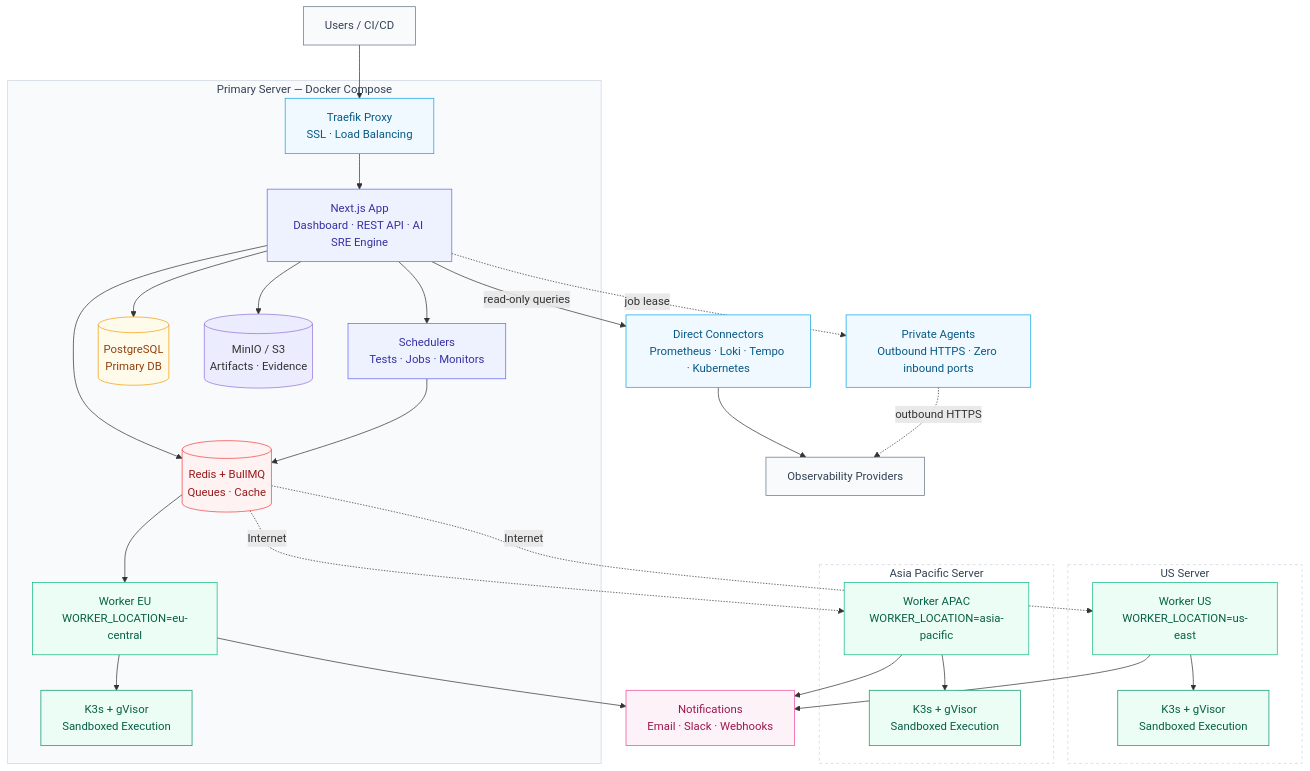
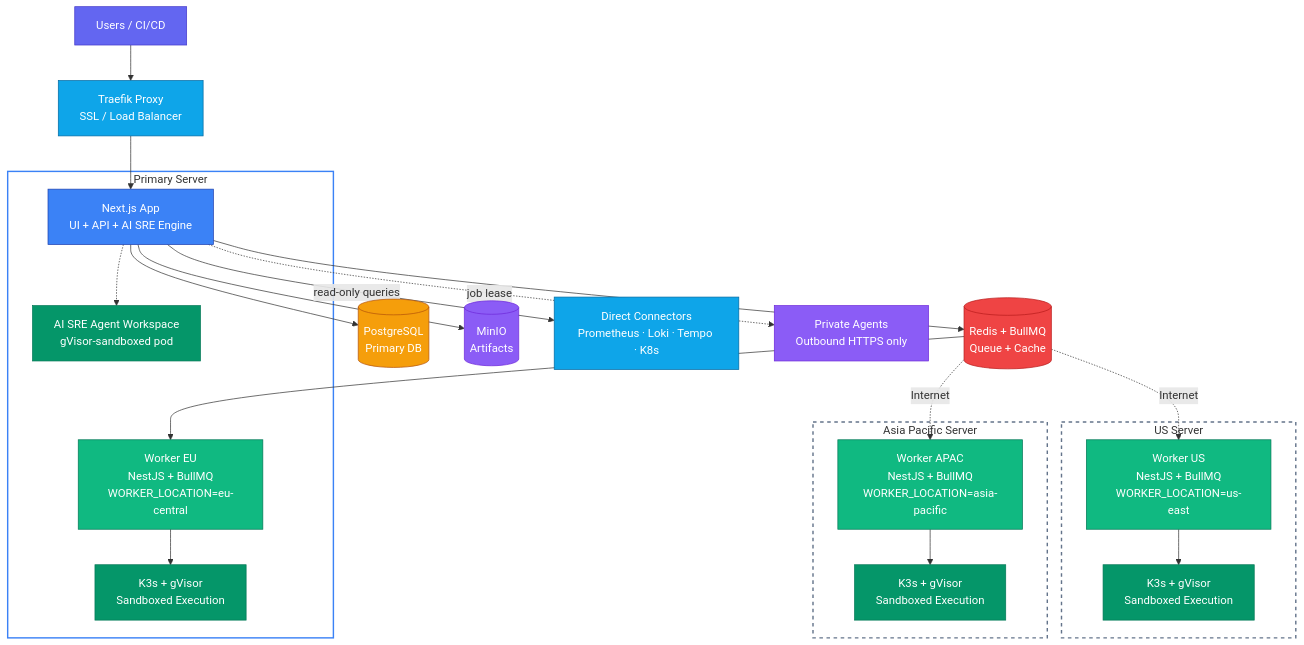
One commit to supercheck-io/supercheck changed the first of 2 diagrams in docs/content/docs/app/deployment/multi-location.mdx. Above: the diagram before and after it, drawn with Mermaid. The commit also changed other lines of this file and 15 other files, not shown here.

First line of the commit message:
docs: revert diagram restyle, keep AI SRE in architecture diagrams

````diff
--- a/docs/content/docs/app/deployment/multi-location.mdx
+++ b/docs/content/docs/app/deployment/multi-location.mdx
@@ -15,66 +15,44 @@
 ```mermaid
 flowchart TB
-    Users["Users / CI/CD"]
+    Users[Users / CI/CD] --> T[Traefik Proxy<br/>SSL / Load Balancer]
+    T --> App[Next.js App<br/>UI + API + AI SRE Engine]
+    App --> DB[(PostgreSQL<br/>Primary DB)] & Redis[(Redis + BullMQ<br/>Queue + Cache)] & S3[(MinIO<br/>Artifacts)]
+    App -->|read-only queries| Direct[Direct Connectors<br/>Prometheus · Loki · Tempo · K8s]
+    App -.->|job lease| Private[Private Agents<br/>Outbound HTTPS only]
 
-    subgraph PRIMARY["Primary Server — Docker Compose"]
-        T["Traefik Proxy<br/>SSL · Load Balancing"]
-        App["Next.js App<br/>Dashboard · REST API · AI SRE Engine"]
-        Scheduler["Schedulers<br/>Tests · Jobs · Monitors"]
-        DB[("PostgreSQL<br/>Primary DB")]
-        Redis[("Redis + BullMQ<br/>Queues · Cache")]
-        S3[("MinIO / S3<br/>Artifacts · Evidence")]
-        W_EU["Worker EU<br/>WORKER_LOCATION=eu-central"]
-        K3S_EU["K3s + gVisor<br/>Sandboxed Execution"]
+    Redis --> W_EU
+    Redis -.->|Internet| W_US
+    Redis -.->|Internet| W_APAC
 
-        T --> App
-        App --> Scheduler
-        App --> DB
-        App --> Redis
-        App --> S3
-        Scheduler --> Redis
-        Redis --> W_EU
-        W_EU --> K3S_EU
+    subgraph PRIMARY["Primary Server"]
+        W_EU[Worker EU<br/>NestJS + BullMQ<br/>WORKER_LOCATION=eu-central] --> K3S_EU[K3s + gVisor<br/>Sandboxed Execution]
+        App -.-> SRE_WS[AI SRE Agent Workspace<br/>gVisor-sandboxed pod]
     end
 
     subgraph US["US Server"]
-        W_US["Worker US<br/>WORKER_LOCATION=us-east"] --> K3S_US["K3s + gVisor<br/>Sandboxed Execution"]
+        W_US[Worker US<br/>NestJS + BullMQ<br/>WORKER_LOCATION=us-east] --> K3S_US[K3s + gVisor<br/>Sandboxed Execution]
     end
 
     subgraph APAC["Asia Pacific Server"]
-        W_APAC["Worker APAC<br/>WORKER_LOCATION=asia-pacific"] --> K3S_APAC["K3s + gVisor<br/>Sandboxed Execution"]
+        W_APAC[Worker APAC<br/>NestJS + BullMQ<br/>WORKER_LOCATION=asia-pacific] --> K3S_APAC[K3s + gVisor<br/>Sandboxed Execution]
     end
 
-    Users --> T
-    Redis -.->|"Internet"| W_US
-    Redis -.->|"Internet"| W_APAC
-    App -->|"read-only queries"| Direct["Direct Connectors<br/>Prometheus · Loki · Tempo · Kubernetes"]
-    App -.->|"job lease"| Private["Private Agents<br/>Outbound HTTPS · Zero inbound ports"]
-    Direct --> Providers["Observability Providers"]
-    Private -.->|"outbound HTTPS"| Providers
-    W_EU --> Notify["Notifications<br/>Email · Slack · Webhooks"]
-    W_US --> Notify
-    W_APAC --> Notify
-
-    classDef proxy fill:#f0f9ff,stroke:#0ea5e9,color:#075985
-    classDef app fill:#eef2ff,stroke:#6366f1,color:#3730a3
-    classDef data fill:#fffbeb,stroke:#f59e0b,color:#92400e
-    classDef queue fill:#fef2f2,stroke:#ef4444,color:#991b1b
-    classDef worker fill:#ecfdf5,stroke:#10b981,color:#065f46
-    classDef sandbox fill:#ecfdf5,stroke:#059669,color:#065f46
-    classDef connector fill:#f0f9ff,stroke:#0ea5e9,color:#075985
-    classDef external fill:#f8fafc,stroke:#64748b,color:#334155
-    classDef notify fill:#fdf2f8,stroke:#ec4899,color:#9d174d
-
-    class Users,Providers external
-    class T proxy
-    class App,Scheduler app
-    class DB data
-    class Redis queue
-    class W_EU,W_US,W_APAC worker
-    class K3S_EU,K3S_US,K3S_APAC sandbox
-    class Direct,Private connector
-    class Notify notify
-    style PRIMARY fill:#f8fafc,stroke:#cbd5e1,color:#334155
-    style US fill:#ffffff,stroke:#cbd5e1,stroke-dasharray: 4 4,color:#334155
-    style APAC fill:#ffffff,stroke:#cbd5e1,stroke-dasharray: 4 4,color:#334155
+    style Users fill:#6366f1,stroke:#4338ca,color:#fff
+    style T fill:#0ea5e9,stroke:#0369a1,color:#fff
+    style App fill:#3b82f6,stroke:#1e40af,color:#fff
+    style DB fill:#f59e0b,stroke:#b45309,color:#fff
+    style Redis fill:#ef4444,stroke:#b91c1c,color:#fff
+    style S3 fill:#8b5cf6,stroke:#6d28d9,color:#fff
+    style W_EU fill:#10b981,stroke:#047857,color:#fff
+    style W_US fill:#10b981,stroke:#047857,color:#fff
+    style W_APAC fill:#10b981,stroke:#047857,color:#fff
+    style K3S_EU fill:#059669,stroke:#047857,color:#fff
+    style K3S_US fill:#059669,stroke:#047857,color:#fff
+    style K3S_APAC fill:#059669,stroke:#047857,color:#fff
+    style Direct fill:#0ea5e9,stroke:#0369a1,color:#fff
+    style Private fill:#8b5cf6,stroke:#6d28d9,color:#fff
+    style SRE_WS fill:#059669,stroke:#047857,color:#fff
+    style PRIMARY fill:none,stroke:#3b82f6,stroke-width:2px
+    style US fill:none,stroke:#64748b,stroke-width:2px,stroke-dasharray: 5 5
+    style APAC fill:none,stroke:#64748b,stroke-width:2px,stroke-dasharray: 5 5
 ```
````
